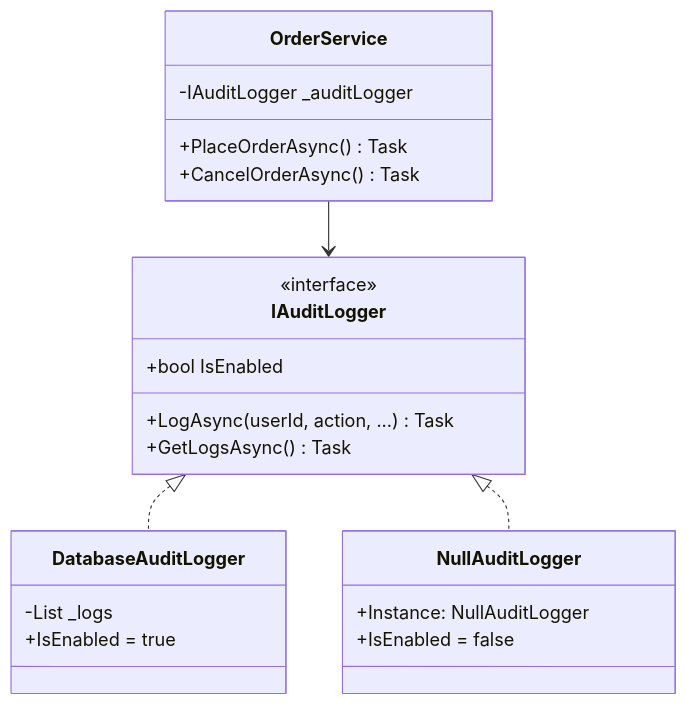
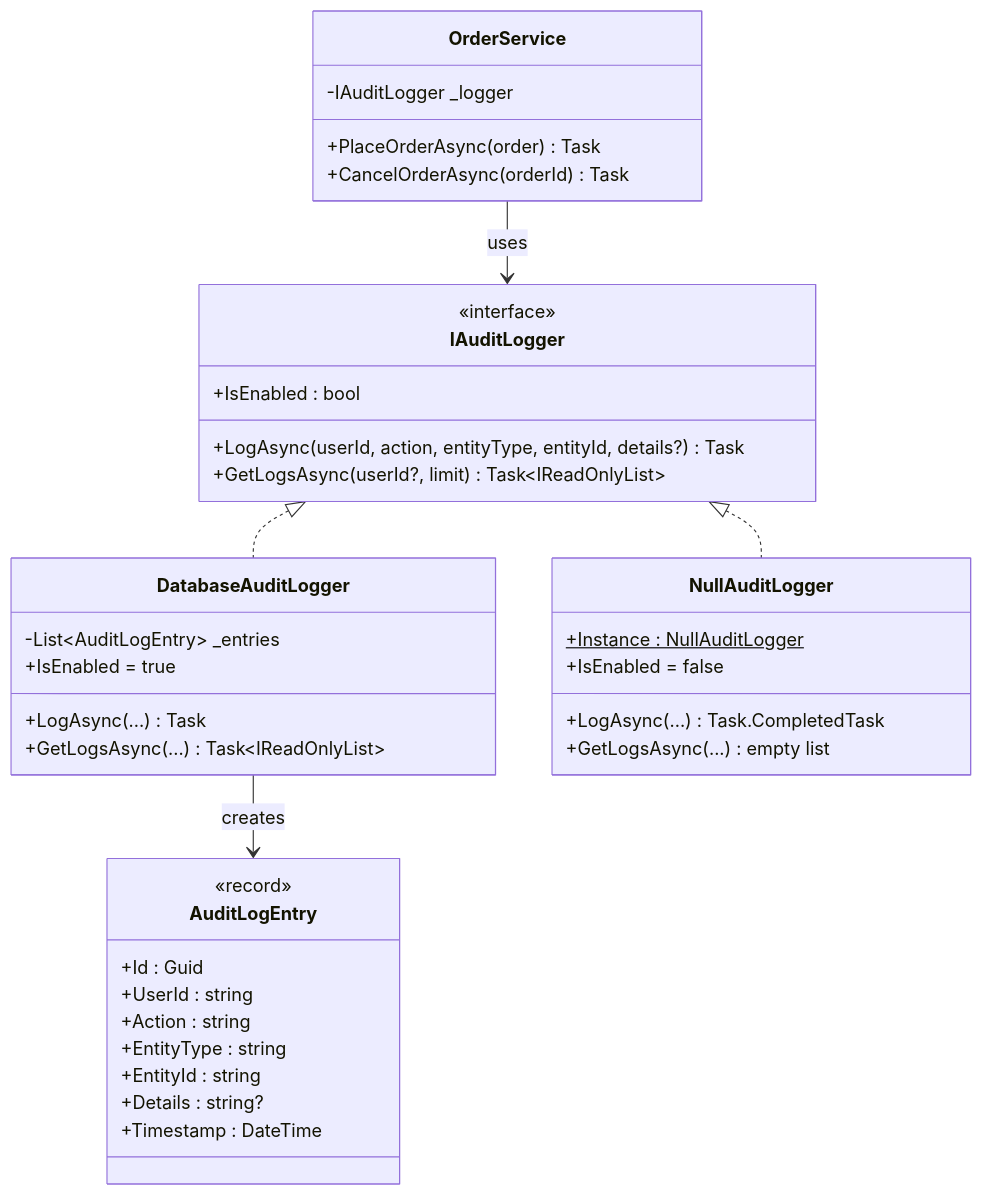
Before and after one commit to senapatisantosh/DotnetAdvanceDesignPattern: the first of 2 diagrams in src/DesignPatterns.Enterprise/NullObject/README.md, drawn with Mermaid. The commit also changed other lines of this file and 1 other file, not shown here.

First line of the commit message:
fix: update NullObject README and Playground Program.cs

````diff
--- a/src/DesignPatterns.Enterprise/NullObject/README.md
+++ b/src/DesignPatterns.Enterprise/NullObject/README.md
@@ -75,26 +72,45 @@
 ```mermaid
 classDiagram
     class IAuditLogger {
         <<interface>>
-        +LogAsync(userId, action, ...) Task
-        +GetLogsAsync() Task
-        +bool IsEnabled
+        +LogAsync(userId, action, entityType, entityId, details?) Task
+        +GetLogsAsync(userId?, limit) Task~IReadOnlyList~
+        +IsEnabled : bool
     }
+
     class DatabaseAuditLogger {
-        -List _logs
+        -List~AuditLogEntry~ _entries
         +IsEnabled = true
+        +LogAsync(...) Task
+        +GetLogsAsync(...) Task~IReadOnlyList~
     }
+
     class NullAuditLogger {
-        +Instance: NullAuditLogger
+        +Instance : NullAuditLogger$
         +IsEnabled = false
+        +LogAsync(...) Task.CompletedTask
+        +GetLogsAsync(...) empty list
     }
+
     class OrderService {
-        -IAuditLogger _auditLogger
-        +PlaceOrderAsync() Task
-        +CancelOrderAsync() Task
+        -IAuditLogger _logger
+        +PlaceOrderAsync(order) Task
+        +CancelOrderAsync(orderId) Task
+    }
+
+    class AuditLogEntry {
+        <<record>>
+        +Id : Guid
+        +UserId : string
+        +Action : string
+        +EntityType : string
+        +EntityId : string
+        +Details : string?
+        +Timestamp : DateTime
     }
 
     IAuditLogger <|.. DatabaseAuditLogger
     IAuditLogger <|.. NullAuditLogger
-    OrderService --> IAuditLogger
+    OrderService --> IAuditLogger : uses
+    DatabaseAuditLogger --> AuditLogEntry : creates
 ```
````
